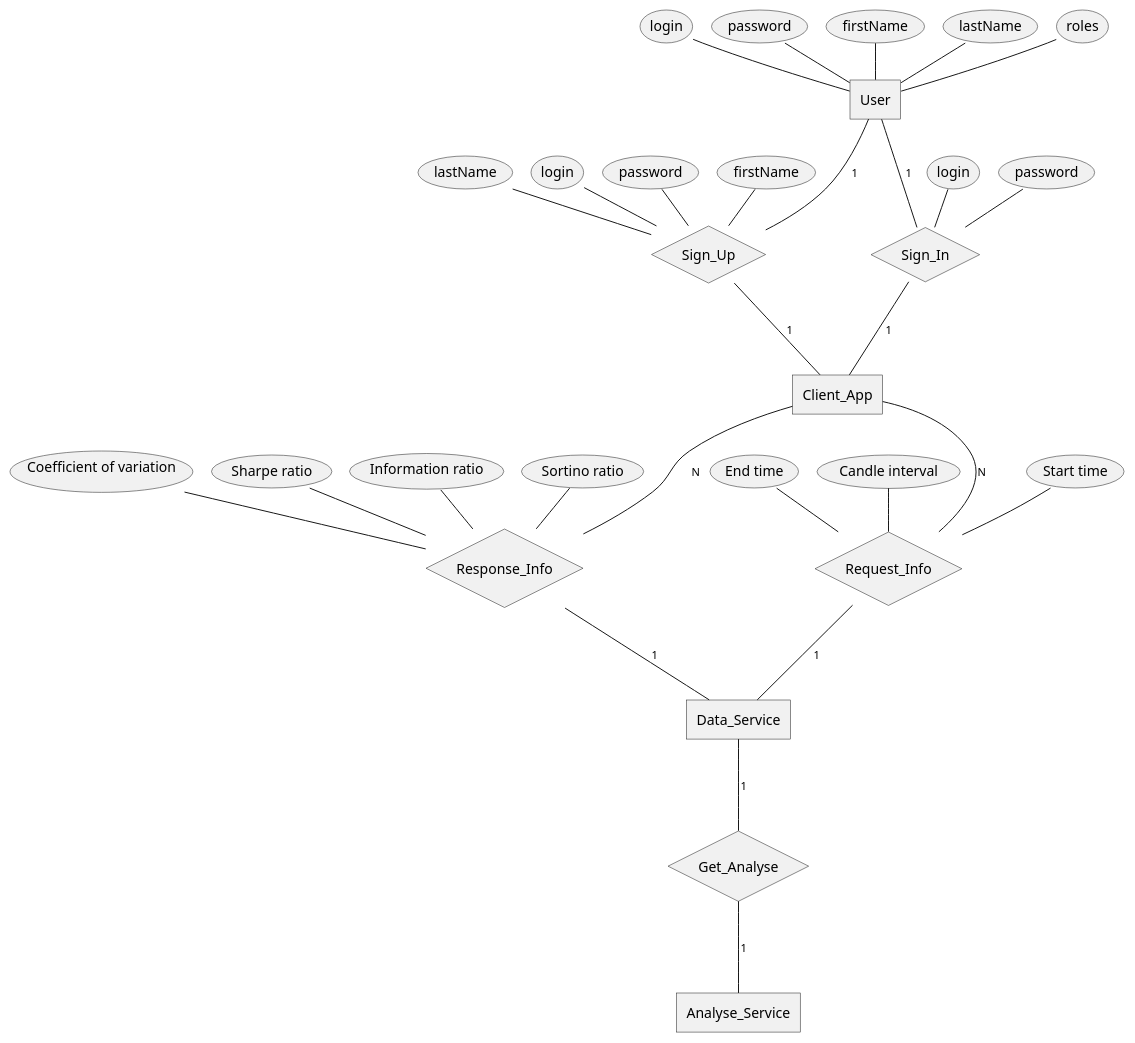
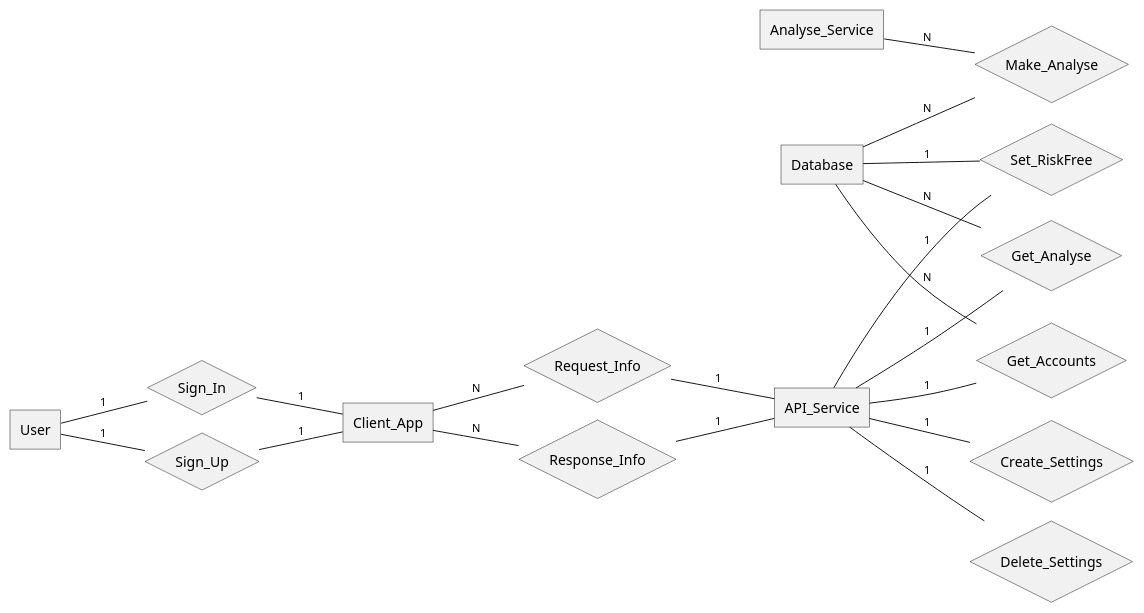
The diagram in ERD.puml (Dimes01/TradeAnalyser), drawn with PlantUML before and after one commit. The commit also changed 8 other files, not shown here.

```diff
--- a/ERD.puml
+++ b/ERD.puml
@@ -1,54 +1,81 @@
 @startchen
 !pragma layout smetana
 
+left to right direction
+
 entity User {
-    login
-    password
-    firstName
-    lastName
-    roles
+'    login
+'    password
+'    firstName
+'    lastName
+'    roles
 }
 entity Client_App {
 }
-entity Data_Service {
+entity API_Service {
 }
 entity Analyse_Service {
 }
+entity Database {
+}
 
 relationship Sign_In {
-    login
-    password
+'    login
+'    password
 }
 relationship Sign_Up {
-    login
-    password
-    firstName
-    lastName
+'    login
+'    password
+'    firstName
+'    lastName
 }
 relationship Request_Info {
-    Start time
-    End time
-    Candle interval
+'    Start time
+'    End time
+'    Candle interval
 }
 relationship Response_Info {
-    Coefficient of variation
-    Sharpe ratio
-    Information ratio
-    Sortino ratio
+'    Coefficient of variation
+'    Sharpe ratio
+'    Information ratio
+'    Sortino ratio
 }
 relationship Get_Analyse {
 }
+relationship Make_Analyse {
+}
+relationship Get_Accounts {
+}
+relationship Create_Settings {
+}
+relationship Delete_Settings {
+}
+relationship Set_RiskFree {
+}
+
 
 User -1- Sign_In
+User -1- Sign_Up
+
 Sign_In -1- Client_App
-User -1- Sign_Up
 Sign_Up -1- Client_App
 
 Client_App -N- Request_Info
-Request_Info -1- Data_Service
 Client_App -N- Response_Info
-Response_Info -1- Data_Service
 
-Data_Service -1- Get_Analyse
-Get_Analyse -1- Analyse_Service
+Request_Info -1- API_Service
+Response_Info -1- API_Service
+
+API_Service -1- Get_Analyse
+API_Service -1- Get_Accounts
+API_Service -1- Create_Settings
+API_Service -1- Delete_Settings
+API_Service -1- Set_RiskFree
+
+Database -N- Get_Analyse
+Database -N- Get_Accounts
+Database -1- Set_RiskFree
+Database -N- Make_Analyse
+
+Analyse_Service -N- Make_Analyse
 @endchen
```
